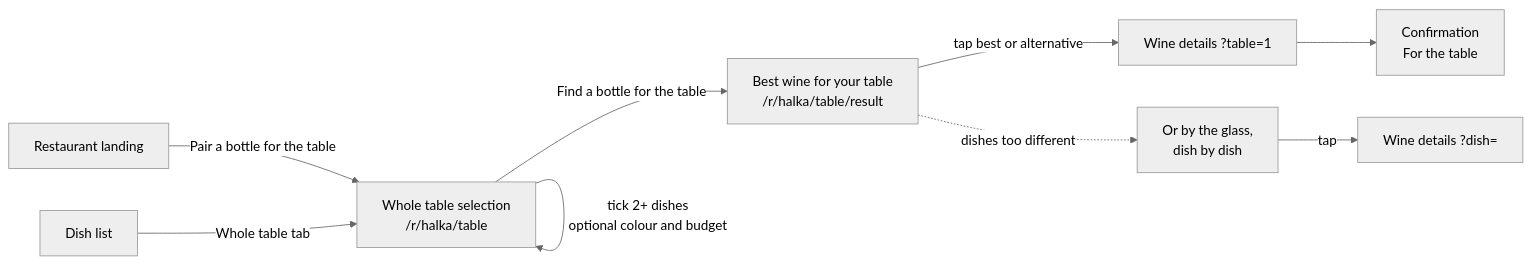
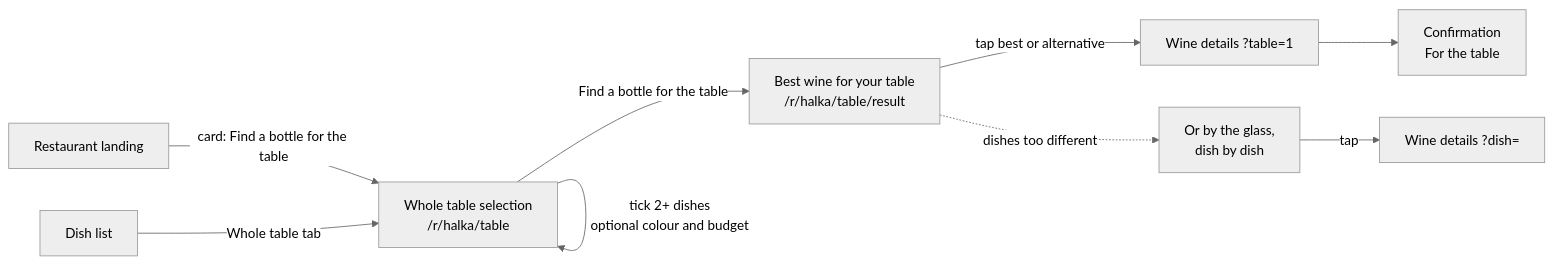
One commit to NiedzielX/wine changed the second of 6 diagrams in docs/USER_FLOWS.md. Above: the diagram before and after it, drawn with Mermaid (neutral theme). The commit also changed other lines of this file and 16 other files, not shown here.

First line of the commit message:
feat(guest): E08 F3 — "Whole table" card on G0, honest table result on G6

````diff
--- a/docs/USER_FLOWS.md
+++ b/docs/USER_FLOWS.md
@@ -39,11 +39,11 @@
 ```mermaid
 flowchart LR
-  L[Restaurant landing] -->|Pair a bottle for the table| T[Whole table selection<br>/r/halka/table]
+  L[Restaurant landing] -->|card: Find a bottle for the table| T[Whole table selection<br>/r/halka/table]
   M[Dish list] -->|Whole table tab| T
   T -->|tick 2+ dishes<br>optional colour and budget| T
   T -->|Find a bottle for the table| B[Best wine for your table<br>/r/halka/table/result]
   B -->|tap best or alternative| W[Wine details ?table=1]
   B -. dishes too different .-> S[Or by the glass,<br>dish by dish]
   S -->|tap| W2[Wine details ?dish=]
   W --> C[Confirmation<br>For the table]
 ```
````
